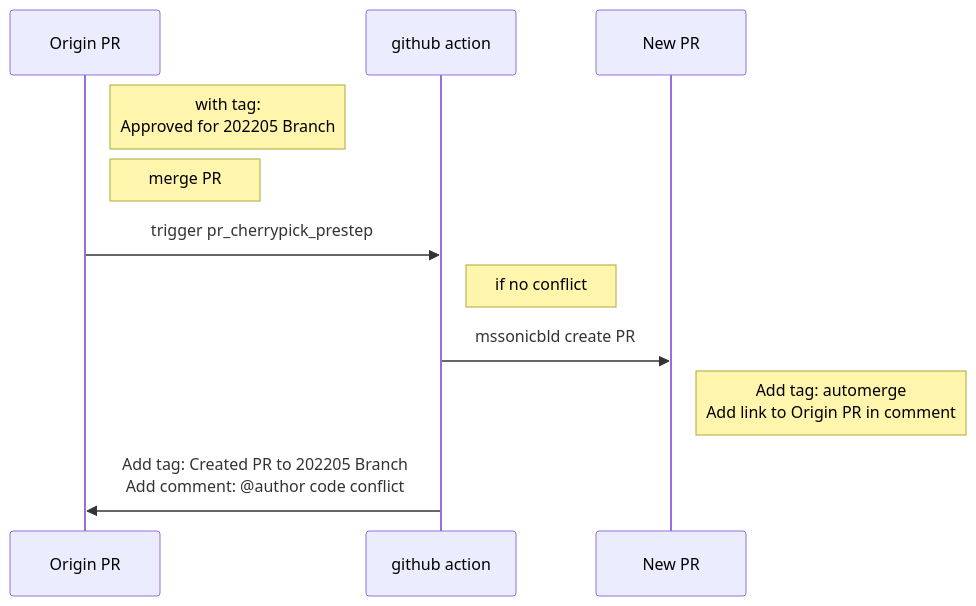
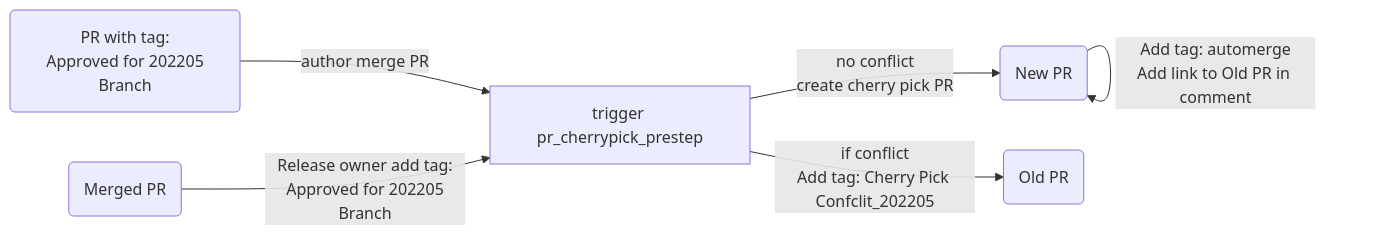
Before and after one commit to liushilongbuaa/sonic-buildimage: the first of 3 diagrams in .github/workflows/README.md, drawn with Mermaid. The commit also changed other lines of this file, not shown here.

````diff
--- a/.github/workflows/README.md
+++ b/.github/workflows/README.md
@@ -8,13 +8,10 @@
 ```mermaid
-sequenceDiagram
- participant  Origin PR
- participant  github action
- participant  New PR
- Note  right of  Origin PR: with tag:<br> Approved for 202205 Branch
- Note  right of  Origin PR: merge PR
- Origin PR->>github action: trigger pr_cherrypick_prestep
- Note  right of github action: if no conflict
- github action->>New PR: mssonicbld create PR
- Note  right of New PR: Add tag: automerge<br>Add link to Origin PR in comment
- github action->> Origin PR: Add tag: Created PR to 202205 Branch <br> Add comment: @author code conflict
+graph LR
+A(PR with tag:<br> Approved for 202205 Branch)
+B(Merged PR)
+A -- author merge PR --> C[trigger pr_cherrypick_prestep]
+B -- Release owner add tag:<br> Approved for 202205 Branch --> C
+C --no conflict<br> create cherry pick PR --> D(New PR)
+C -- if conflict<br>Add tag: Cherry Pick Confclit_202205 --> F(Old PR)
+D -- Add tag: automerge<br>Add link to Old PR in comment --> D
 ```
````
